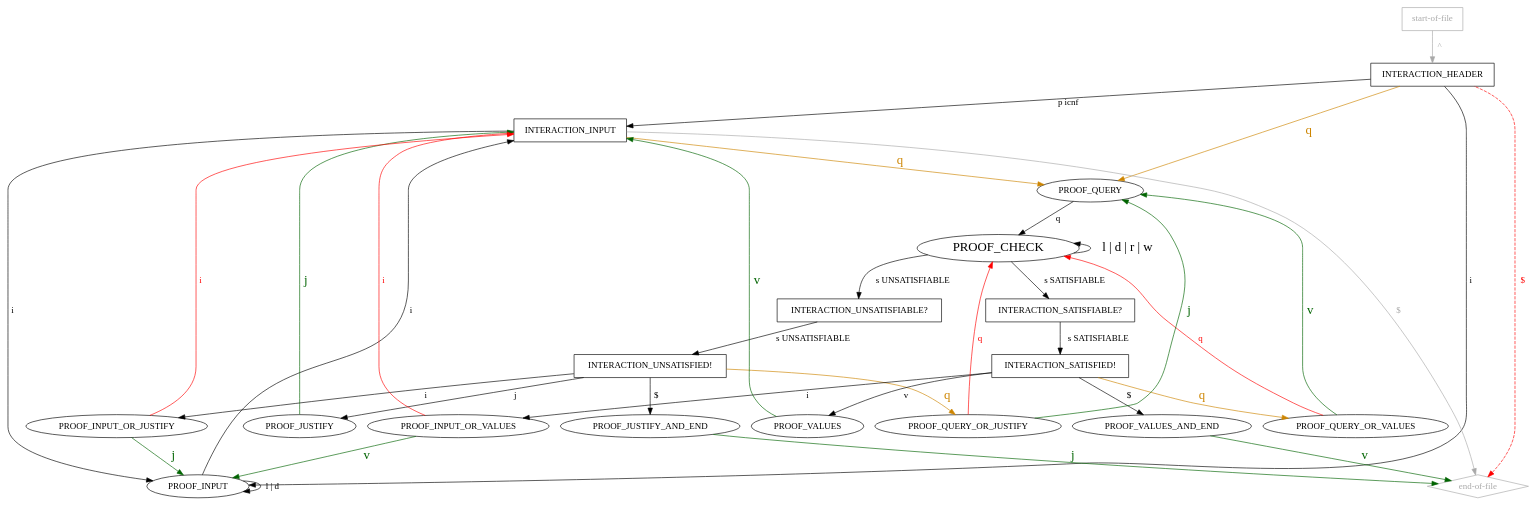
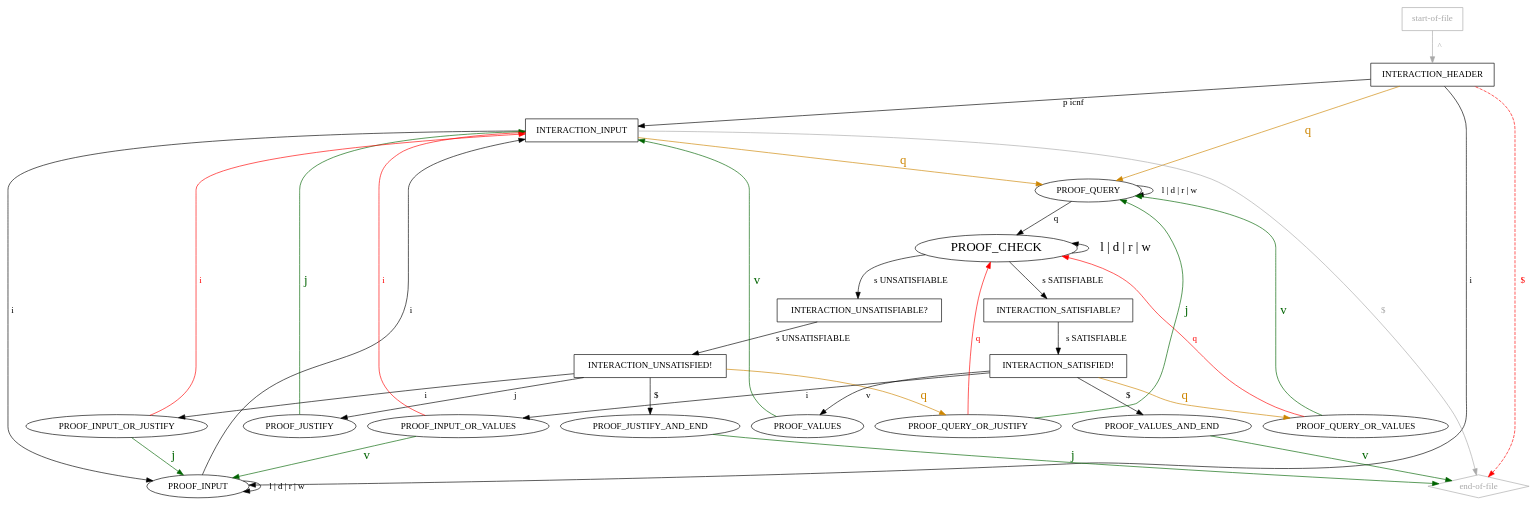
Before and after one commit to arminbiere/lidrup-check: the diagram in idrup-check-relaxed.dot, drawn with Graphviz. The commit also changed 3 other files, not shown here.

```diff
--- a/idrup-check-relaxed.dot
+++ b/idrup-check-relaxed.dot
@@ -1,67 +1,68 @@
 digraph "idrup-check" {
 
   "start-of-file" [shape=box,color=darkgray,fontcolor=darkgray];
   "start-of-file" -> INTERACTION_HEADER [label=" ^ ";weight=2,color=darkgray,fontcolor=darkgray];
 
   "end-of-file" [shape=diamond,color=darkgray,fontcolor=darkgray];
 
   // INTERACTION_HEADER -> "end-of-file";
   // INTERACTION_INPUT -> "end-of-file";
    "end-of-file" -> INTERACTION_HEADER [label="  $  ",dir=back,style=dashed,color=red,fontcolor=red];
    "end-of-file" -> INTERACTION_INPUT [label="$    ",dir=back,color=darkgray,fontcolor=darkgray];
 
   INTERACTION_HEADER [shape=box];
   INTERACTION_HEADER -> PROOF_INPUT [label=" i "];
   INTERACTION_HEADER -> PROOF_QUERY [label=" q ",color=orange3,fontsize=20,fontcolor=orange3];
   INTERACTION_HEADER -> INTERACTION_INPUT [label=" p icnf ",weight=2,color=black,fontcolor=black];
 
   INTERACTION_INPUT [shape=box];
   INTERACTION_INPUT -> PROOF_INPUT [label=" i ",weight=2];
   INTERACTION_INPUT -> PROOF_QUERY [label=" q ",weight=2,color=orange3,fontsize=20,fontcolor=orange3];
 
   PROOF_INPUT -> INTERACTION_INPUT [label=" i "];
-  PROOF_INPUT -> PROOF_INPUT [label=" l | d "];
+  PROOF_INPUT -> PROOF_INPUT [label=" l | d | r | w "];
 
   PROOF_QUERY -> PROOF_CHECK [label=" q "];
+  PROOF_QUERY -> PROOF_QUERY [label=" l | d | r | w "];
 
   PROOF_CHECK [fontsize=20];
   PROOF_CHECK -> PROOF_CHECK [label=" l | d | r | w ",dir=back,fontsize=20];
   PROOF_CHECK -> INTERACTION_SATISFIABLE [label=" s SATISFIABLE "];
   PROOF_CHECK -> INTERACTION_UNSATISFIABLE [label=" s UNSATISFIABLE "];
 
   INTERACTION_UNSATISFIABLE [shape="box",label="INTERACTION_UNSATISFIABLE?"];
   INTERACTION_UNSATISFIABLE -> INTERACTION_UNSATISFIED [label=" s UNSATISFIABLE "];
 
   INTERACTION_SATISFIABLE [shape="box",label="INTERACTION_SATISFIABLE?"];
   INTERACTION_SATISFIABLE -> INTERACTION_SATISFIED [label=" s SATISFIABLE "];
 
   INTERACTION_SATISFIED [shape=box,label="INTERACTION_SATISFIED!"];
   INTERACTION_SATISFIED -> PROOF_VALUES [label=" v "];
   INTERACTION_SATISFIED -> PROOF_INPUT_OR_VALUES [label=" i "];
   INTERACTION_SATISFIED -> PROOF_QUERY_OR_VALUES [label=" q ", color=orange3,fontsize=20,fontcolor=orange3];
   INTERACTION_SATISFIED -> PROOF_VALUES_AND_END [label=" $ "];
 
   INTERACTION_UNSATISFIED [shape=box,label="INTERACTION_UNSATISFIED!"];
   INTERACTION_UNSATISFIED -> PROOF_JUSTIFY [label=" j "];
   INTERACTION_UNSATISFIED -> PROOF_INPUT_OR_JUSTIFY [label=" i "];
   INTERACTION_UNSATISFIED -> PROOF_QUERY_OR_JUSTIFY [label=" q ",color=orange3,fontsize=20,fontcolor=orange3];
   INTERACTION_UNSATISFIED -> PROOF_JUSTIFY_AND_END [label=" $ "];
 
   PROOF_VALUES_AND_END -> "end-of-file" [label=" v ",color=darkgreen,fontsize=20,fontcolor=darkgreen];
   PROOF_JUSTIFY_AND_END -> "end-of-file" [label=" j ",color=darkgreen,fontsize=20,fontcolor=darkgreen];
 
   PROOF_VALUES -> INTERACTION_INPUT [label=" v ",color=darkgreen,fontsize=20,fontcolor=darkgreen];
   PROOF_JUSTIFY -> INTERACTION_INPUT [label=" j ",color=darkgreen,fontsize=20,fontcolor=darkgreen];
 
   PROOF_INPUT_OR_VALUES -> INTERACTION_INPUT [label=" i ",color=red,fontcolor=red];
   PROOF_INPUT_OR_VALUES -> PROOF_INPUT [label=" v ", color=darkgreen,fontcolor=darkgreen,fontsize=20];
 
   PROOF_QUERY_OR_VALUES -> PROOF_QUERY [label=" v ",color=darkgreen,fontcolor=darkgreen,fontsize=20];
   PROOF_QUERY_OR_VALUES -> PROOF_CHECK [label=" q ",color=red,fontcolor=red];
 
   PROOF_QUERY_OR_JUSTIFY -> PROOF_QUERY [label=" j ",color=darkgreen,fontcolor=darkgreen,fontsize=20];
   PROOF_QUERY_OR_JUSTIFY -> PROOF_CHECK [label=" q ",color=red,fontcolor=red];
 
   PROOF_INPUT_OR_JUSTIFY -> PROOF_INPUT [label=" j ",color=darkgreen,fontcolor=darkgreen,fontsize=20];
   PROOF_INPUT_OR_JUSTIFY -> INTERACTION_INPUT [label=" i ",color=red,fontcolor=red];
 }
```
